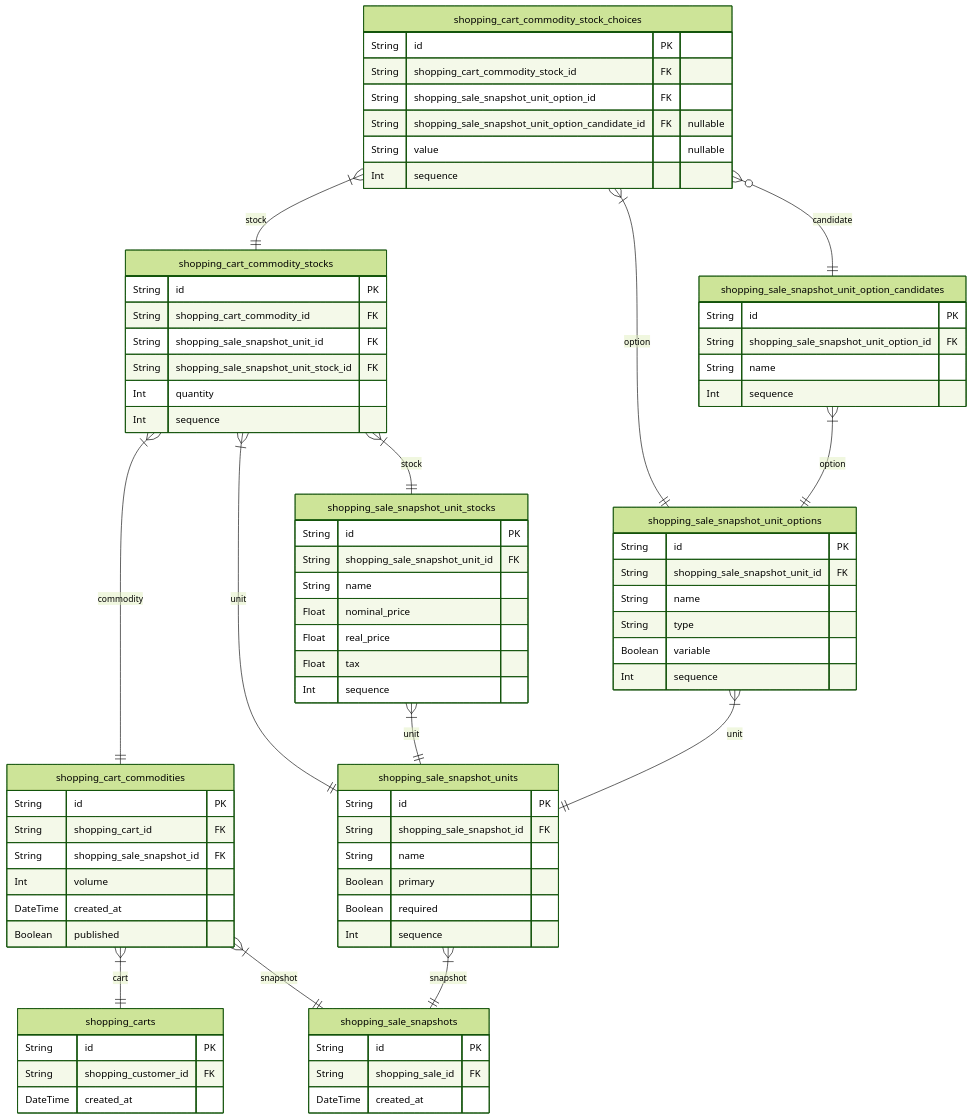
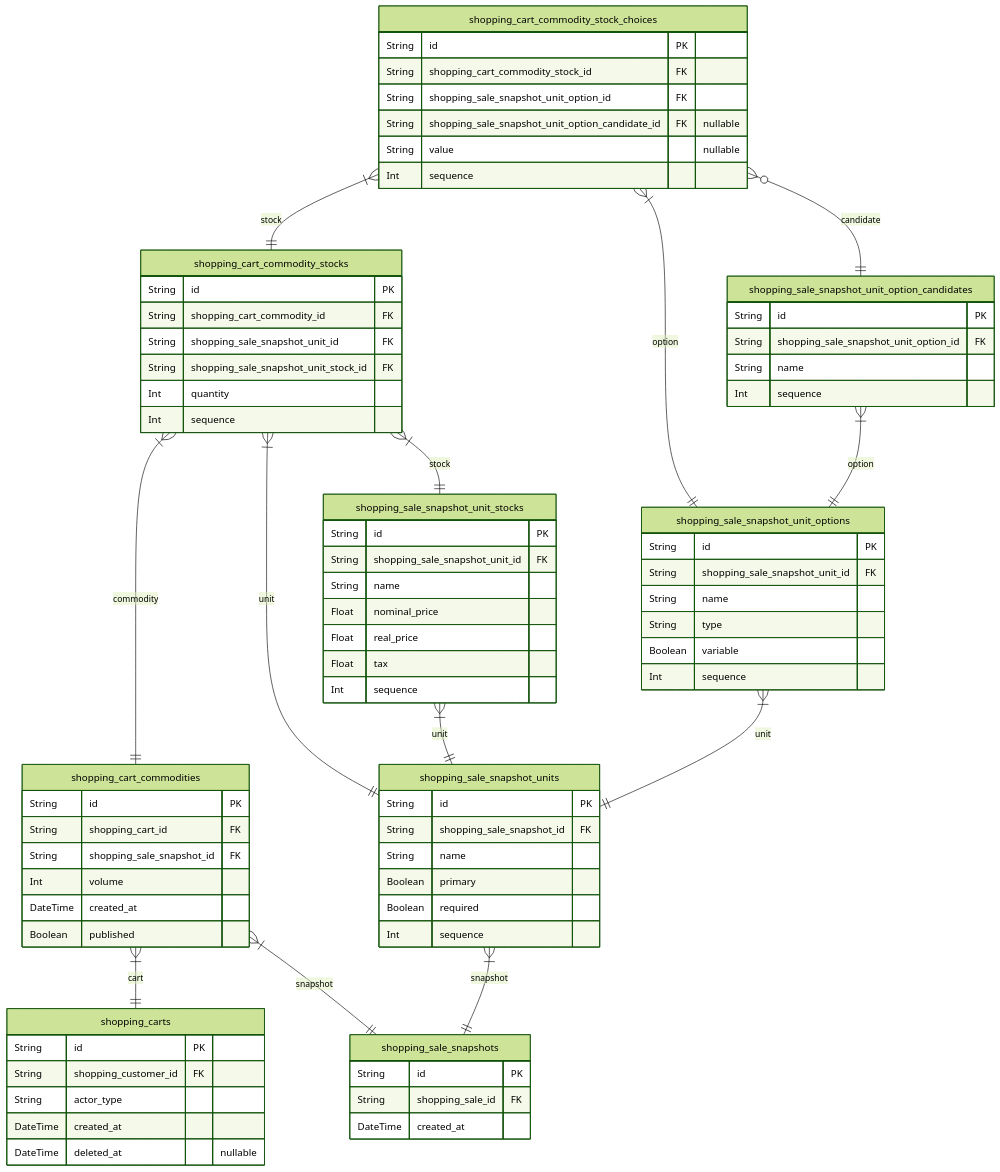
Before and after one commit to samchon/prisma-markdown: the fifth of 9 diagrams in ERD.md, drawn with Mermaid (forest theme). The commit also changed other lines of this file and 1 other file, not shown here.

Commit message:
Enhance example schema

````diff
--- a/ERD.md
+++ b/ERD.md
@@ -1124,80 +1140,82 @@
 ```mermaid
 erDiagram
 "shopping_carts" {
     String id PK
     String shopping_customer_id FK
+    String actor_type
     DateTime created_at
+    DateTime deleted_at "nullable"
 }
 "shopping_cart_commodities" {
     String id PK
     String shopping_cart_id FK
     String shopping_sale_snapshot_id FK
     Int volume
     DateTime created_at
     Boolean published
 }
 "shopping_cart_commodity_stocks" {
     String id PK
     String shopping_cart_commodity_id FK
     String shopping_sale_snapshot_unit_id FK
     String shopping_sale_snapshot_unit_stock_id FK
     Int quantity
     Int sequence
 }
 "shopping_cart_commodity_stock_choices" {
     String id PK
     String shopping_cart_commodity_stock_id FK
     String shopping_sale_snapshot_unit_option_id FK
     String shopping_sale_snapshot_unit_option_candidate_id FK "nullable"
     String value "nullable"
     Int sequence
 }
 "shopping_sale_snapshots" {
     String id PK
     String shopping_sale_id FK
     DateTime created_at
 }
 "shopping_sale_snapshot_units" {
     String id PK
     String shopping_sale_snapshot_id FK
     String name
     Boolean primary
     Boolean required
     Int sequence
 }
 "shopping_sale_snapshot_unit_options" {
     String id PK
     String shopping_sale_snapshot_unit_id FK
     String name
     String type
     Boolean variable
     Int sequence
 }
 "shopping_sale_snapshot_unit_option_candidates" {
     String id PK
     String shopping_sale_snapshot_unit_option_id FK
     String name
     Int sequence
 }
 "shopping_sale_snapshot_unit_stocks" {
     String id PK
     String shopping_sale_snapshot_unit_id FK
     String name
     Float nominal_price
     Float real_price
     Float tax
     Int sequence
 }
 "shopping_cart_commodities" }|--|| "shopping_carts" : cart
 "shopping_cart_commodities" }|--|| "shopping_sale_snapshots" : snapshot
 "shopping_cart_commodity_stocks" }|--|| "shopping_cart_commodities" : commodity
 "shopping_cart_commodity_stocks" }|--|| "shopping_sale_snapshot_units" : unit
 "shopping_cart_commodity_stocks" }|--|| "shopping_sale_snapshot_unit_stocks" : stock
 "shopping_cart_commodity_stock_choices" }|--|| "shopping_cart_commodity_stocks" : stock
 "shopping_cart_commodity_stock_choices" }|--|| "shopping_sale_snapshot_unit_options" : option
 "shopping_cart_commodity_stock_choices" }o--|| "shopping_sale_snapshot_unit_option_candidates" : candidate
 "shopping_sale_snapshot_units" }|--|| "shopping_sale_snapshots" : snapshot
 "shopping_sale_snapshot_unit_options" }|--|| "shopping_sale_snapshot_units" : unit
 "shopping_sale_snapshot_unit_option_candidates" }|--|| "shopping_sale_snapshot_unit_options" : option
 "shopping_sale_snapshot_unit_stocks" }|--|| "shopping_sale_snapshot_units" : unit
 ```
````
